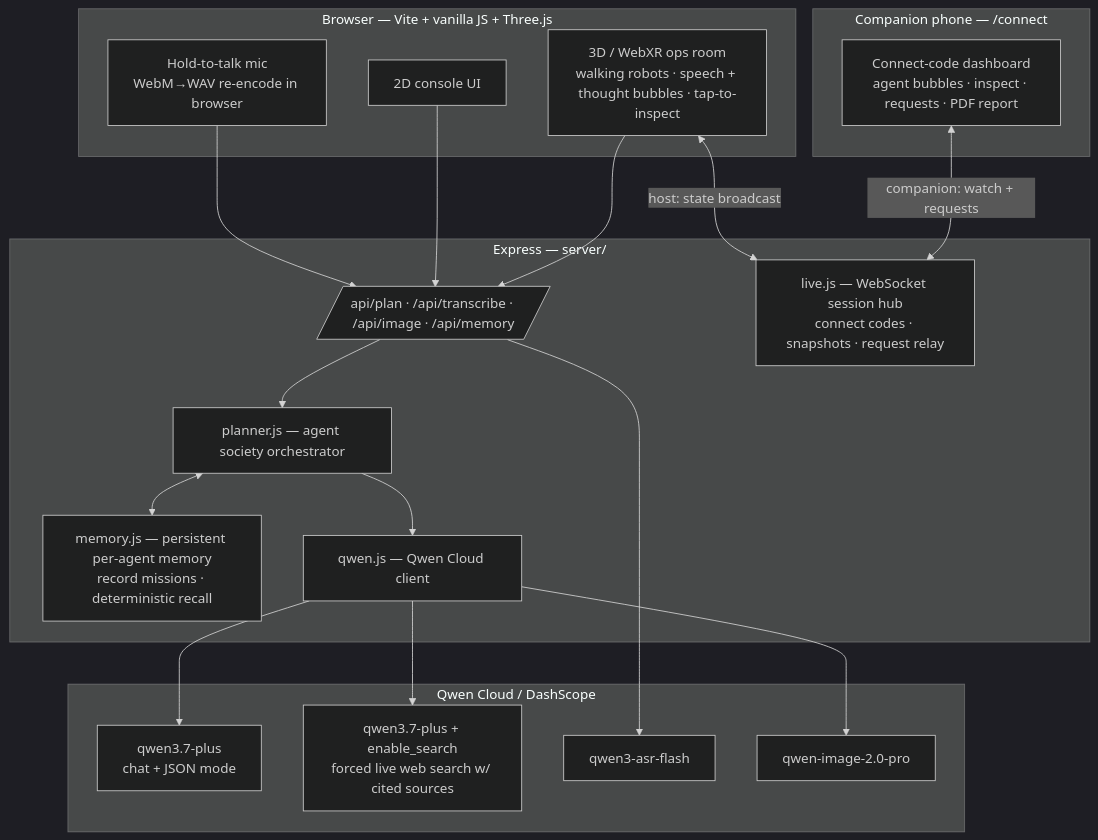
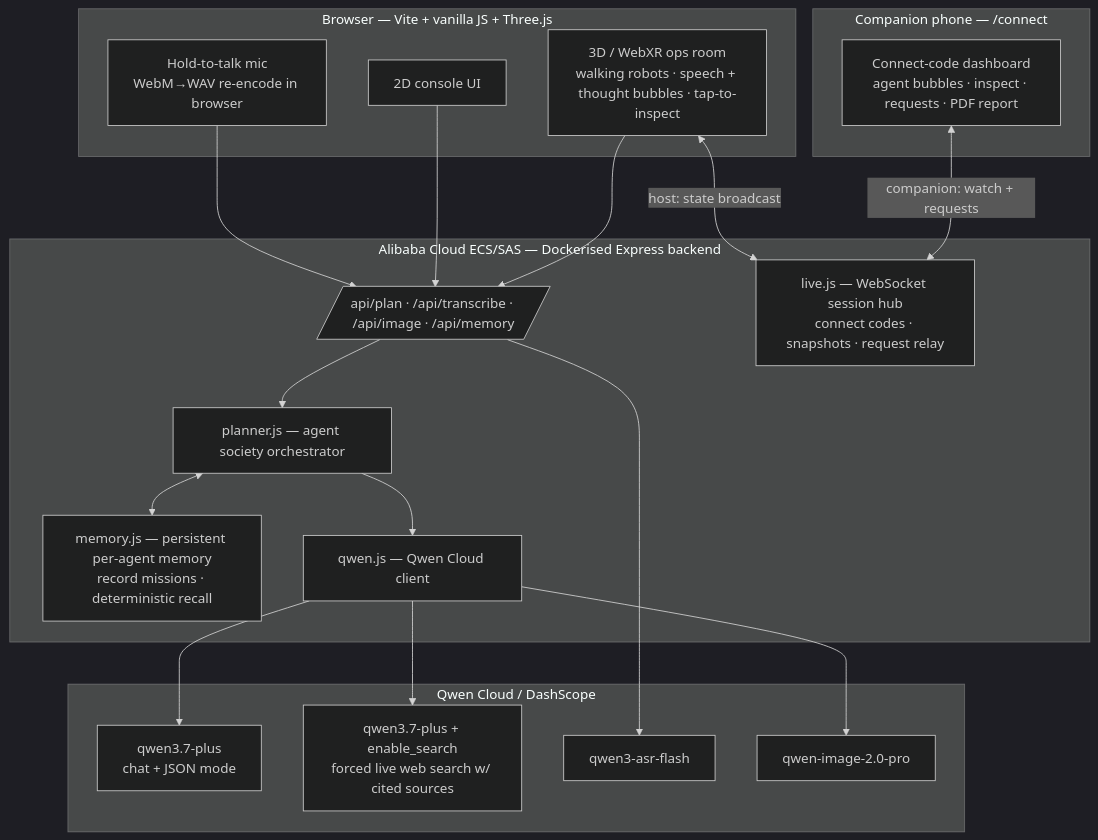
Before and after one commit to teawa-b/QwenHackathon-2: the first of 2 diagrams in docs/ARCHITECTURE.md, drawn with Mermaid (dark theme). The commit also changed 10 other files, not shown here.

Commit message:
Add Alibaba Cloud deployment and submission package

````diff
--- a/docs/ARCHITECTURE.md
+++ b/docs/ARCHITECTURE.md
@@ -7,34 +7,34 @@
 ```mermaid
 flowchart TB
     subgraph Client [Browser — Vite + vanilla JS + Three.js]
         UI[2D console UI]
         XR[3D / WebXR ops room<br/>walking robots · speech + thought bubbles · tap-to-inspect]
         MIC[Hold-to-talk mic<br/>WebM→WAV re-encode in browser]
     end
 
     subgraph Phone [Companion phone — /connect]
         CC[Connect-code dashboard<br/>agent bubbles · inspect · requests · PDF report]
     end
 
-    subgraph Server [Express — server/]
+    subgraph Server [Alibaba Cloud ECS/SAS — Dockerised Express backend]
         API[/api/plan · /api/transcribe · /api/image · /api/memory/]
         WS[live.js — WebSocket session hub<br/>connect codes · snapshots · request relay]
         PL[planner.js — agent society orchestrator]
         MEM[memory.js — persistent per-agent memory<br/>record missions · deterministic recall]
         QW[qwen.js — Qwen Cloud client]
     end
 
     subgraph Qwen [Qwen Cloud / DashScope]
         TXT[qwen3.7-plus<br/>chat + JSON mode]
         SRCH[qwen3.7-plus + enable_search<br/>forced live web search w/ cited sources]
         ASR[qwen3-asr-flash]
         IMG[qwen-image-2.0-pro]
     end
 
     MIC --> API --> ASR
     UI & XR --> API --> PL --> QW
     PL <--> MEM
     QW --> TXT & SRCH & IMG
     XR <-->|host: state broadcast| WS
     CC <-->|companion: watch + requests| WS
 ```
````
